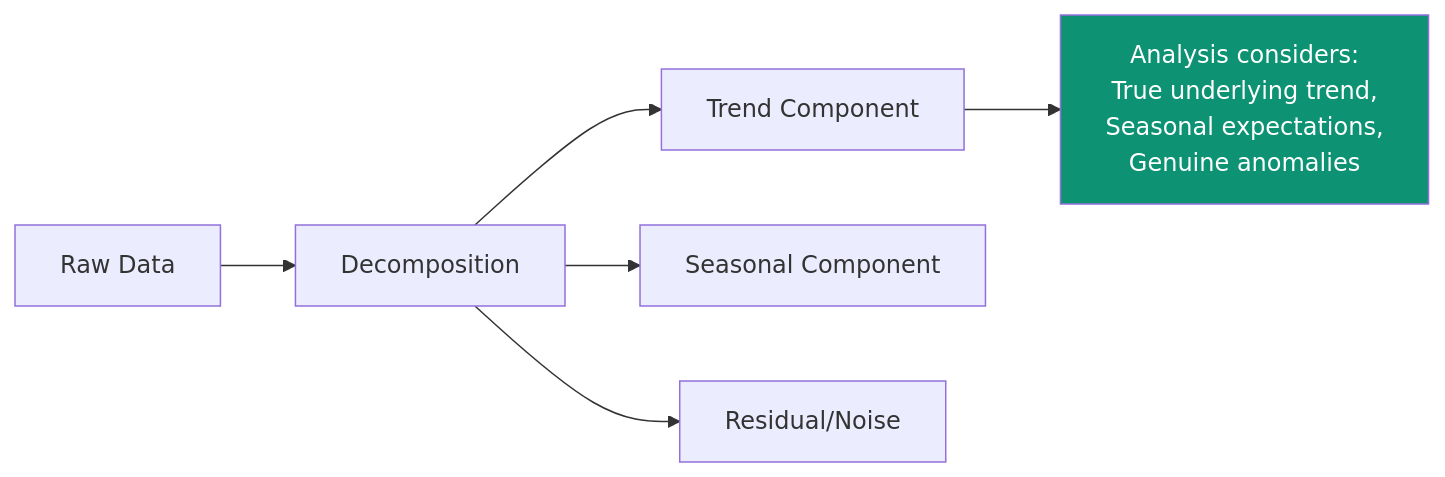
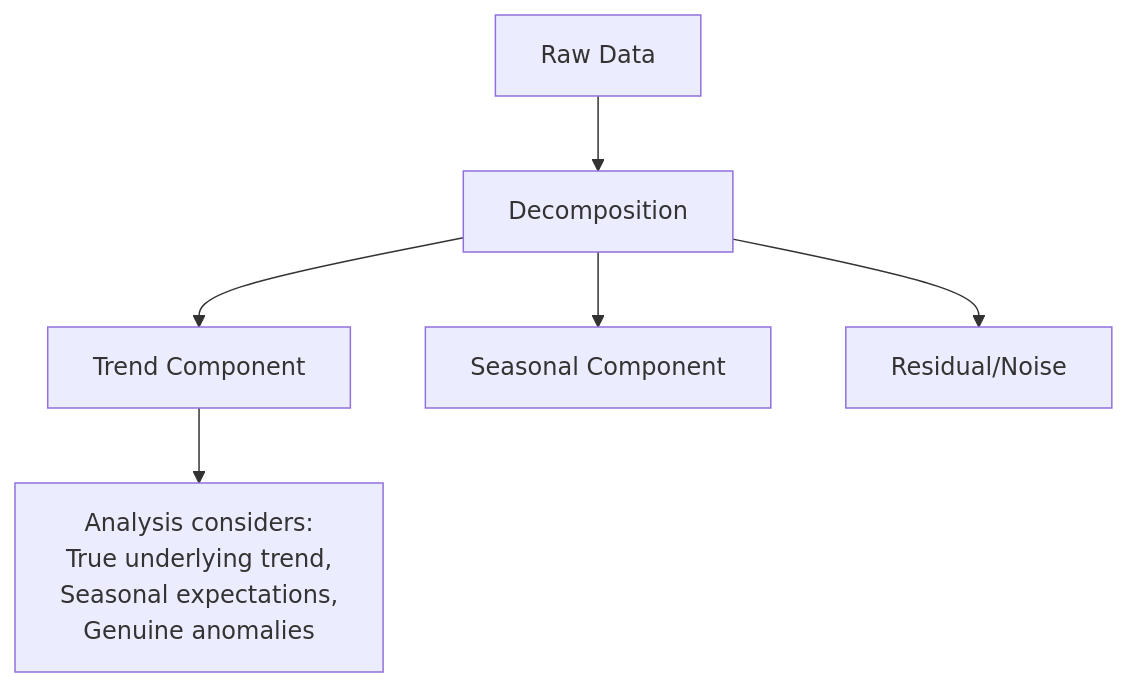
Before and after one commit to ashishsuperatom/tech-docs: the fifth of 7 diagrams in ip/automated-analyst.mdx, drawn with Mermaid. The commit also changed other lines of this file and 37 other files, not shown here.

First line of the commit message:
Clean up docs: remove em-dashes, fix mermaid diagrams, remove emojis

````diff
--- a/ip/automated-analyst.mdx
+++ b/ip/automated-analyst.mdx
@@ -234,12 +227,11 @@
 ```mermaid
-flowchart LR
+flowchart TD
     DATA["Raw Data"] --> DECOMPOSE["Decomposition"]
 
     DECOMPOSE --> TREND["Trend Component"]
     DECOMPOSE --> SEASON["Seasonal Component"]
     DECOMPOSE --> RESIDUAL["Residual/Noise"]
 
     TREND --> ANALYSIS["Analysis considers:<br>True underlying trend,<br>Seasonal expectations,<br>Genuine anomalies"]
 
-    style ANALYSIS fill:#0D9373,color:#fff
 ```
````
